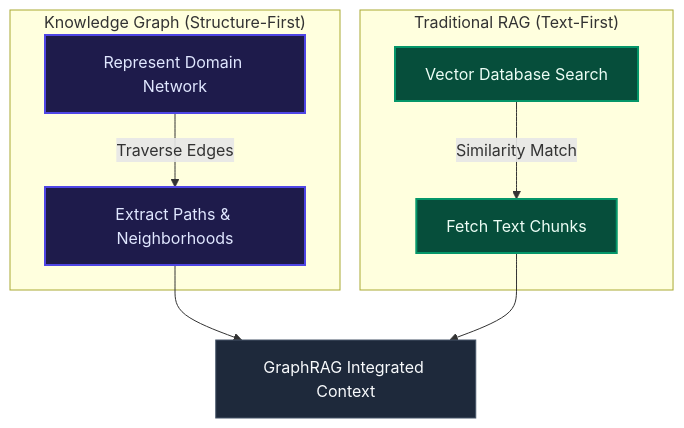
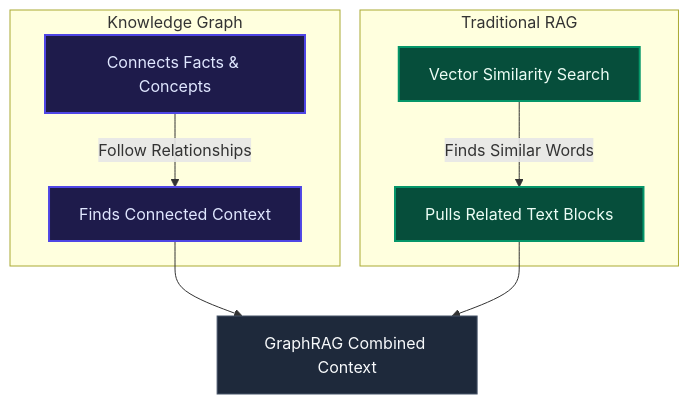
The diagram in GraphRAG/Knowledge Graph vs RAG - Know the Differences.md (niteshkumarvarma30/AI-Engineering-Docs), drawn with Mermaid before and after one commit. The commit also changed other lines of this file and 5 other files, not shown here.

Commit message:
Remove images and simplify explanations in Knowledge Graph vs RAG documentation

````diff
--- a/GraphRAG/Knowledge Graph vs RAG - Know the Differences.md
+++ b/GraphRAG/Knowledge Graph vs RAG - Know the Differences.md
@@ -15,19 +13,19 @@
 ```mermaid
 graph TD
-    subgraph "Knowledge Graph (Structure-First)"
-        KG[Represent Domain Network] -->|Traverse Edges| Paths[Extract Paths & Neighborhoods]
+    subgraph "Knowledge Graph"
+        KG[Connects Facts & Concepts] -->|Follow Relationships| Paths[Finds Connected Context]
     end
 
-    subgraph "Traditional RAG (Text-First)"
-        Vector[Vector Database Search] -->|Similarity Match| Chunks[Fetch Text Chunks]
+    subgraph "Traditional RAG"
+        Vector[Vector Similarity Search] -->|Finds Similar Words| Chunks[Pulls Related Text Blocks]
     end
 
-    Paths & Chunks --> Fusion[GraphRAG Integrated Context]
+    Paths & Chunks --> Fusion[GraphRAG Combined Context]
 
     classDef default fill:#1e293b,stroke:#475569,stroke-width:1px,color:#f8fafc;
     classDef kg fill:#1e1b4b,stroke:#4f46e5,stroke-width:2px,color:#e0e7ff;
     classDef rag fill:#064e3b,stroke:#059669,stroke-width:2px,color:#ecfdf5;
     
     class KG,Paths kg;
     class Vector,Chunks rag;
 ```
````
